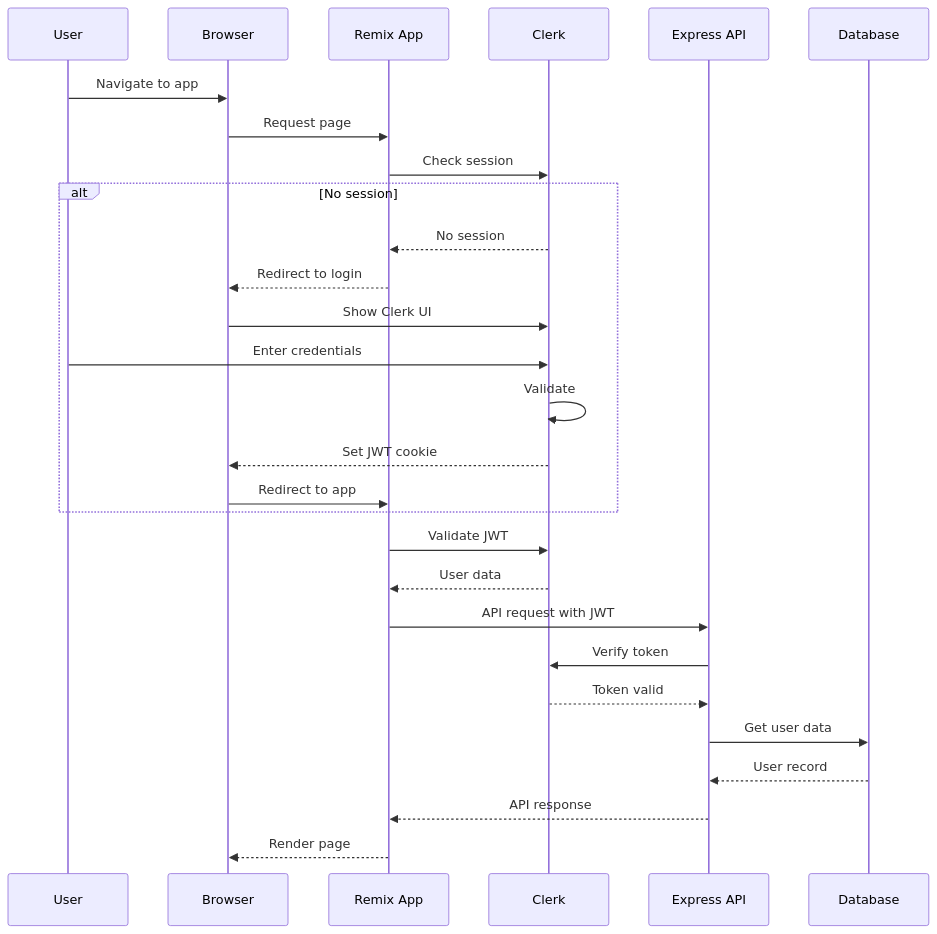
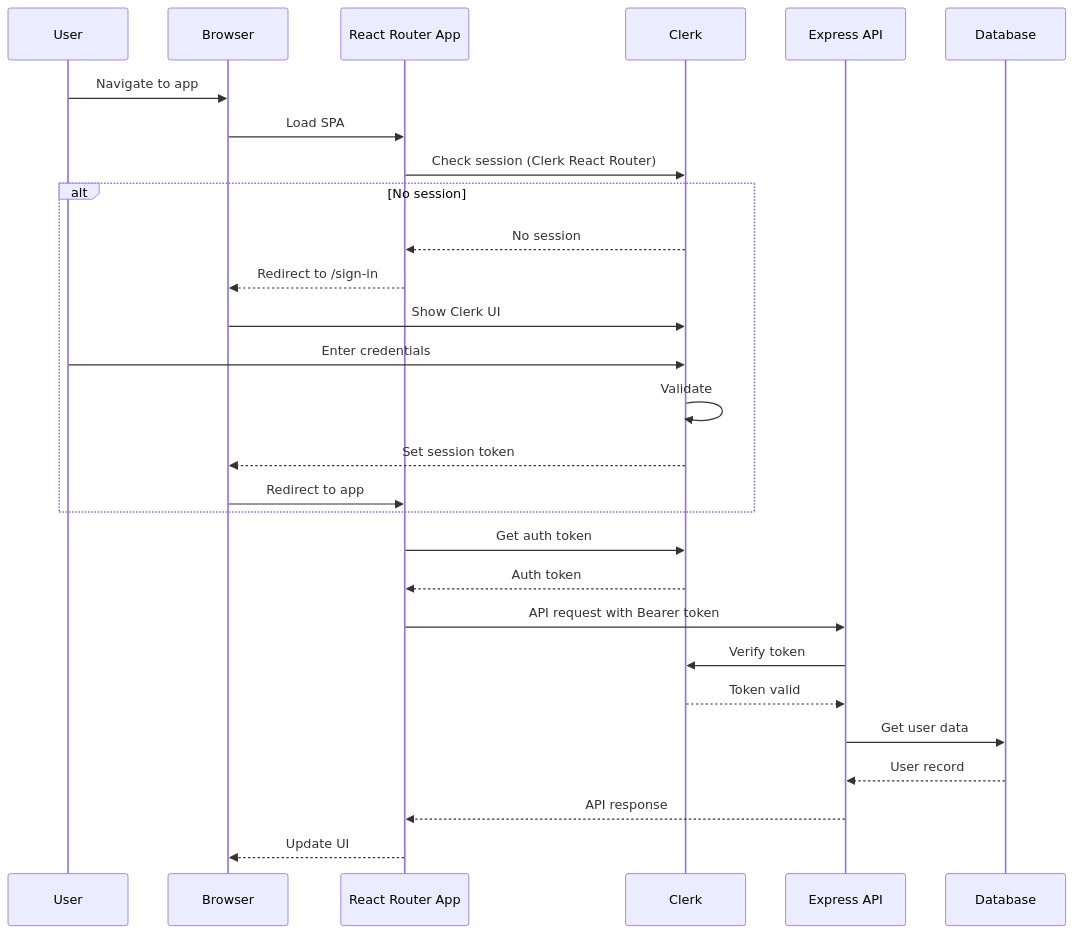
One commit to lmtNoLimit/the-compass changed the first of 5 diagrams in docs/architecture/core-workflows.md. Above: the diagram before and after it, drawn with Mermaid. The commit also changed other lines of this file and 92 other files, not shown here.

First line of the commit message:
refactor: migrate from monorepo to unified React Router structure

````diff
--- a/docs/architecture/core-workflows.md
+++ b/docs/architecture/core-workflows.md
@@ -5,31 +5,31 @@
 ```mermaid
 sequenceDiagram
     participant U as User
     participant B as Browser
-    participant R as Remix App
+    participant R as React Router App
     participant C as Clerk
     participant A as Express API
     participant D as Database
 
     U->>B: Navigate to app
-    B->>R: Request page
-    R->>C: Check session
+    B->>R: Load SPA
+    R->>C: Check session (Clerk React Router)
     alt No session
         C-->>R: No session
-        R-->>B: Redirect to login
+        R-->>B: Redirect to /sign-in
         B->>C: Show Clerk UI
         U->>C: Enter credentials
         C->>C: Validate
-        C-->>B: Set JWT cookie
+        C-->>B: Set session token
         B->>R: Redirect to app
     end
-    R->>C: Validate JWT
-    C-->>R: User data
-    R->>A: API request with JWT
+    R->>C: Get auth token
+    C-->>R: Auth token
+    R->>A: API request with Bearer token
     A->>C: Verify token
     C-->>A: Token valid
     A->>D: Get user data
     D-->>A: User record
     A-->>R: API response
-    R-->>B: Render page
+    R-->>B: Update UI
 ```
````
